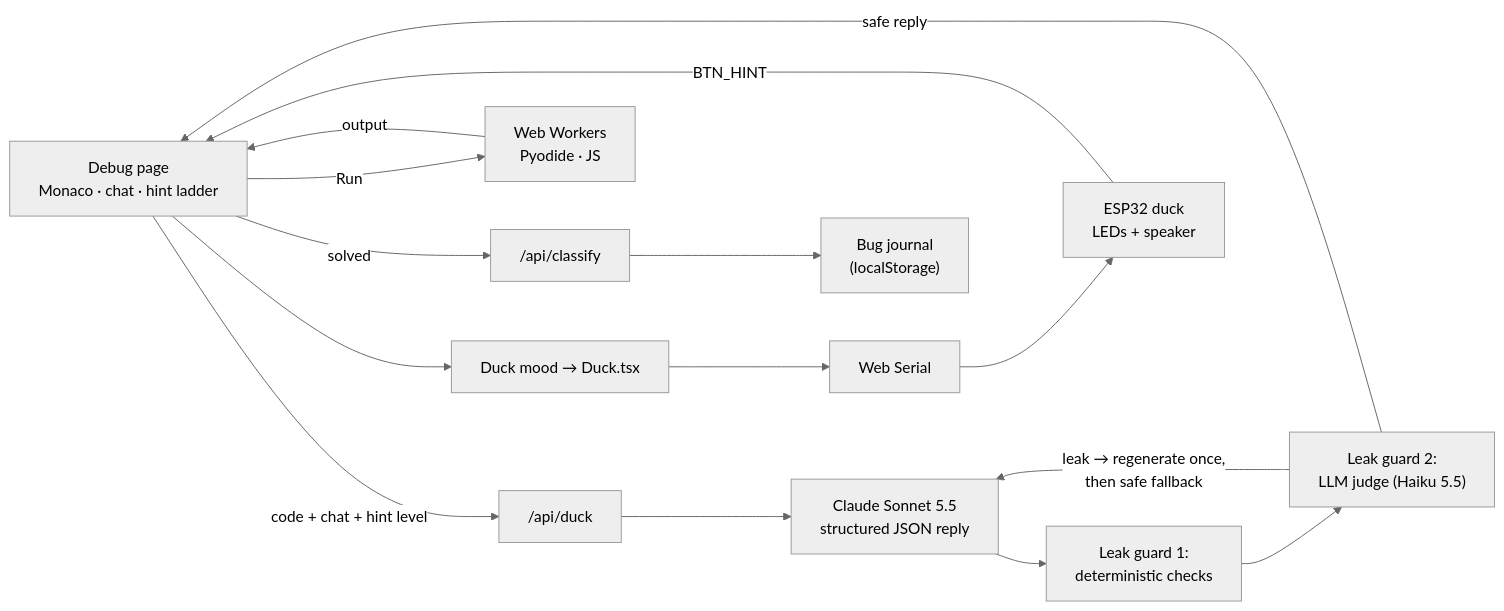
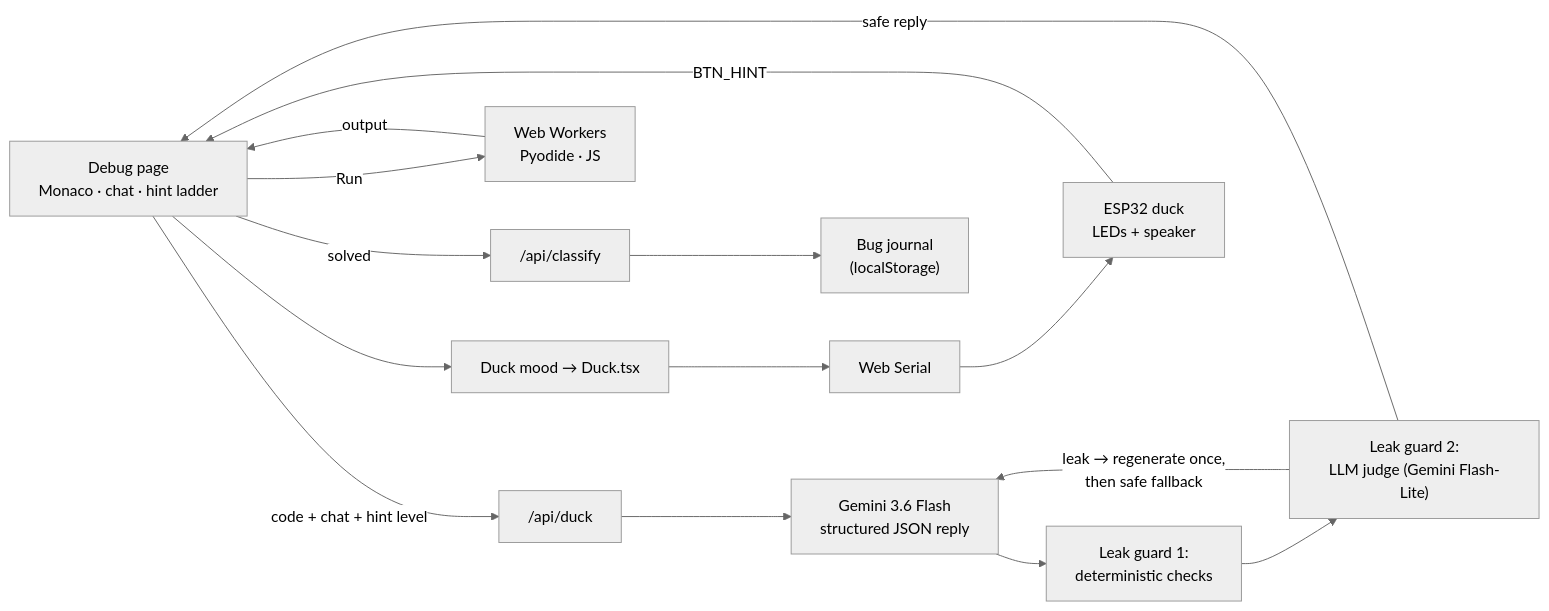
Before and after one commit to JasperRosales/quack-overflow: the diagram in README.md, drawn with Mermaid (neutral theme). The commit also changed other lines of this file and 33 other files, not shown here.

````diff
--- a/README.md
+++ b/README.md
@@ -37,14 +37,14 @@
 ```mermaid
 flowchart LR
   UI["Debug page<br/>Monaco · chat · hint ladder"] -- "code + chat + hint level" --> API["/api/duck"]
-  API --> LLM["Claude Sonnet 5.5<br/>structured JSON reply"]
+  API --> LLM["Gemini 3.6 Flash<br/>structured JSON reply"]
   LLM --> G1["Leak guard 1:<br/>deterministic checks"]
-  G1 --> G2["Leak guard 2:<br/>LLM judge (Haiku 5.5)"]
+  G1 --> G2["Leak guard 2:<br/>LLM judge (Gemini Flash-Lite)"]
   G2 -- "leak → regenerate once,<br/>then safe fallback" --> LLM
   G2 -- "safe reply" --> UI
   UI --> STATE["Duck mood → Duck.tsx"]
   STATE --> SERIAL["Web Serial"] --> HW["ESP32 duck<br/>LEDs + speaker"]
   HW -- "BTN_HINT" --> UI
   UI -- "Run" --> W["Web Workers<br/>Pyodide · JS"] -- "output" --> UI
   UI -- "solved" --> C["/api/classify"] --> J["Bug journal<br/>(localStorage)"]
 ```
````
